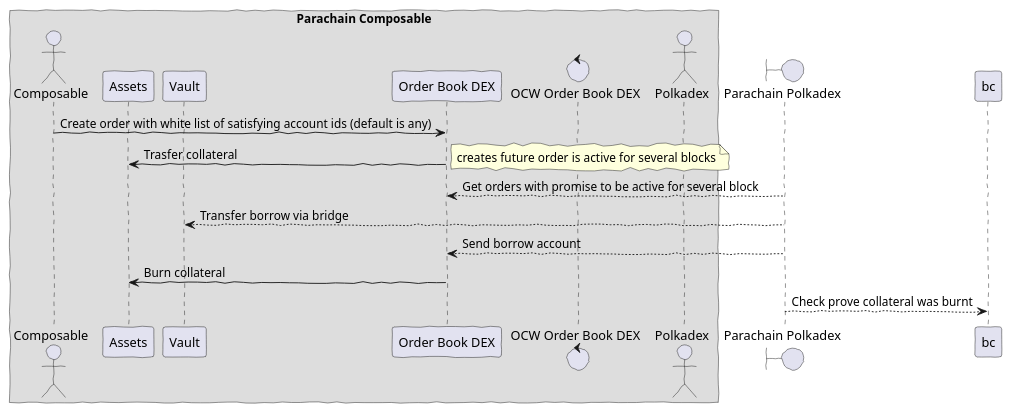
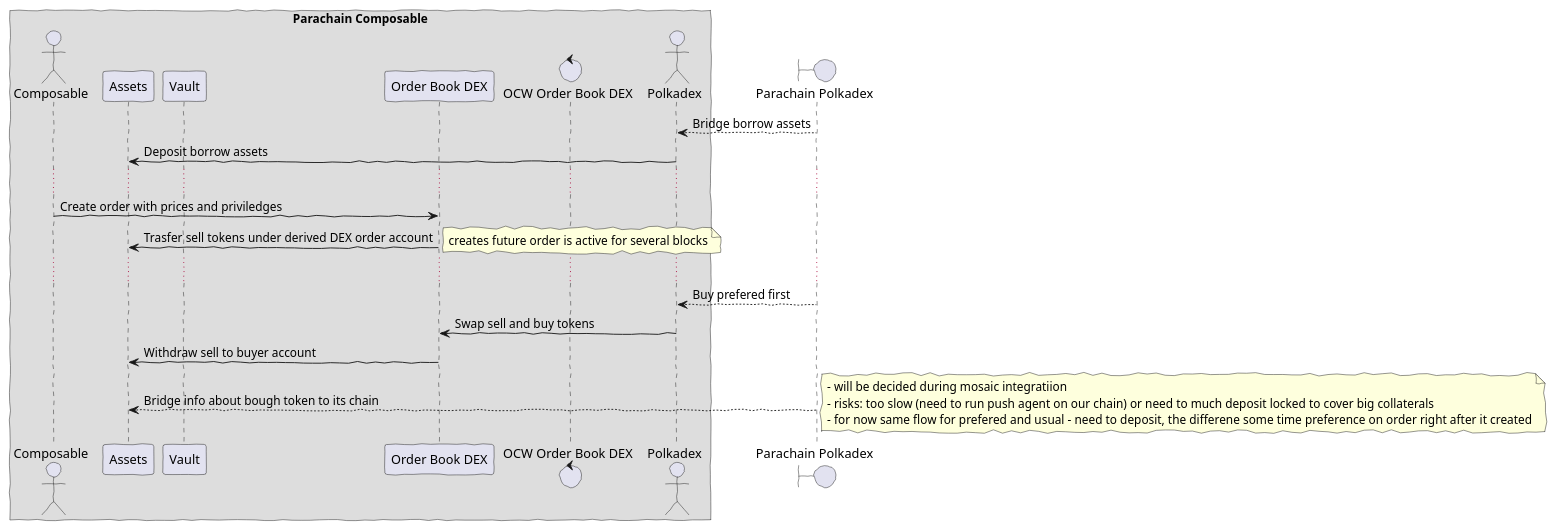
One commit to ComposableFi/composable changed the diagram in frame/order-book-dex/dex.plantuml. Above: the diagram before and after it, drawn with PlantUML. The commit also changed 2 other files, not shown here.

```diff
--- a/frame/order-book-dex/dex.plantuml
+++ b/frame/order-book-dex/dex.plantuml
@@ -1,39 +1,37 @@
 @startuml
 skinparam handwritten true
 
 
 box "Parachain Composable"
 actor Composable as ac
 participant "Assets" as pa
 participant "Vault" as pv
 participant "Order Book DEX" as pd
 control "OCW Order Book DEX" as cd
 actor Polkadex as ap
 end box
 
 boundary "Parachain Polkadex" as bp
 
-ac -> pd : Create order with white list of satisfying account ids (default is any)
-pd -> pa : Trasfer collateral
+bp --> ap : Bridge borrow assets
+ap -> pa : Deposit borrow assets
+...
+
+ac ->  pd : Create order with prices and priviledges
+pd -> pa : Trasfer sell tokens under derived DEX order account
 note right
   creates future order is active for several blocks
 end note
+...
 
-' priviliged - burn collateral
-' 2 priveleged - option over people (still need on chain)
-' later on on pribileged - mint (with some prove - may previos mints did good)
-' later -  mint, set order cleaned
-'
-
-' -----
-' not priveleged - should deposit before
-
-
-{block_start} bp --> pd: Get orders with promise to be active for several block
-bp --> pv: Transfer borrow via bridge
-bp --> pd : Send borrow account
-{block_end}  pd -> pa : Burn collateral
-bp --> bc : Check prove collateral was burnt
-
+bp --> ap : Buy prefered first
+ap -> pd: Swap sell and buy tokens
+pd -> pa: Withdraw sell to buyer account
+bp --> pa: Bridge info about bough token to its chain
+note right
+  - will be decided during mosaic integratiion
+  - risks: too slow (need to run push agent on our chain) or need to much deposit locked to cover big collaterals
+  - for now same flow for prefered and usual - need to deposit, the differene some time preference on order right after it created
+end note
 
 @enduml
```
